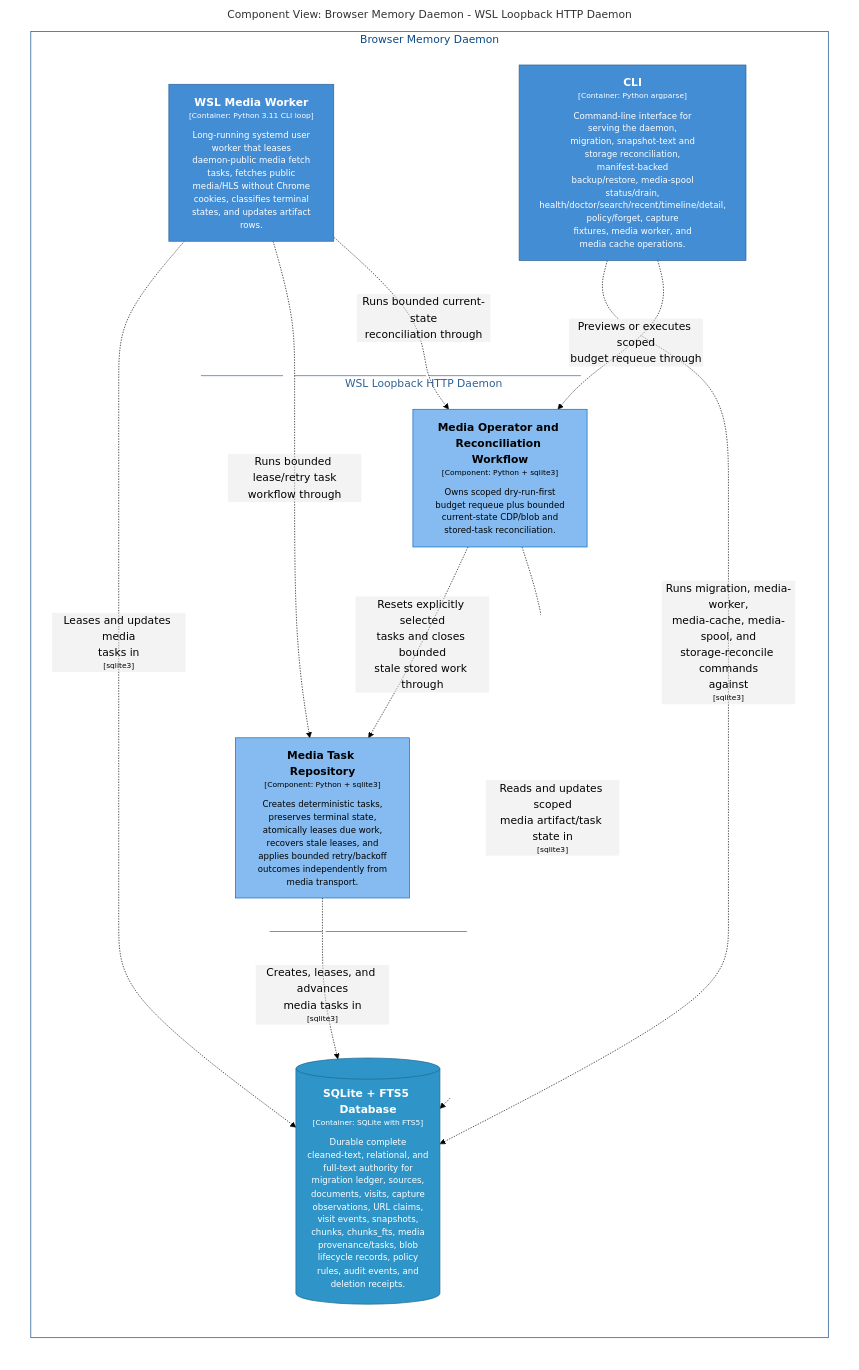
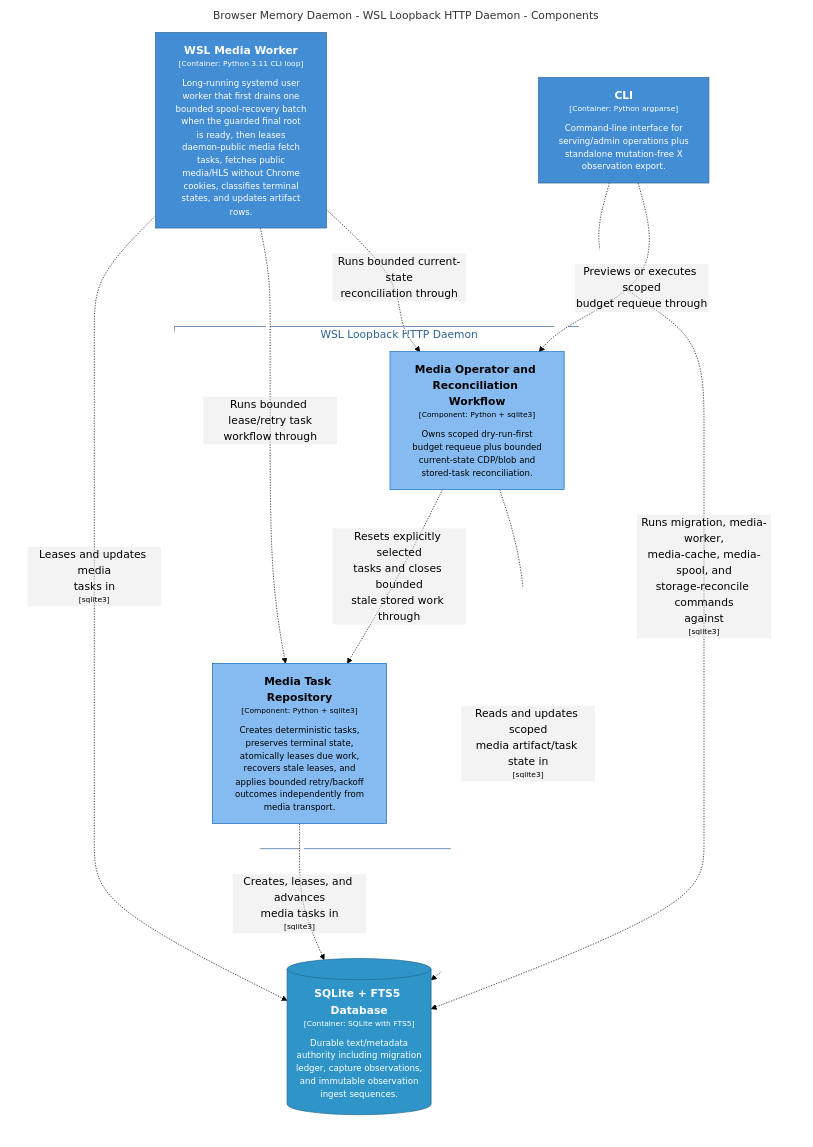
One commit to michaelnicks0/browser-memory-daemon changed the diagram in docs/architecture/diagrams/markdown/DaemonMediaOpsComponents.md. Above: the diagram before and after it, drawn with Mermaid (forest theme). The commit also changed 331 other files, not shown here.

Commit message:
docs: refresh architecture and publish surfaces

````diff
--- a/docs/architecture/diagrams/markdown/DaemonMediaOpsComponents.md
+++ b/docs/architecture/diagrams/markdown/DaemonMediaOpsComponents.md
@@ -16,38 +16,33 @@
 ```mermaid
 graph LR
   linkStyle default fill:#ffffff
 
-  subgraph diagram ["Component View: Browser Memory Daemon - WSL Loopback HTTP Daemon"]
+  subgraph diagram ["Browser Memory Daemon - WSL Loopback HTTP Daemon - Components"]
     style diagram fill:#ffffff,stroke:#ffffff
 
-    subgraph 4 ["Browser Memory Daemon"]
-      style 4 fill:#ffffff,stroke:#0b4884,color:#0b4884
+    45["<div style='font-weight: bold'>WSL Media Worker</div><div style='font-size: 70%; margin-top: 0px'>[Container: Python 3.11 CLI loop]</div><div style='font-size: 80%; margin-top:10px'>Long-running systemd user<br />worker that first drains one<br />bounded spool-recovery batch<br />when the guarded final root<br />is ready, then leases<br />daemon-public media fetch<br />tasks, fetches public<br />media/HLS without Chrome<br />cookies, classifies terminal<br />states, and updates artifact<br />rows.</div>"]
+    style 45 fill:#438dd5,stroke:#2e6295,color:#ffffff
+    47["<div style='font-weight: bold'>CLI</div><div style='font-size: 70%; margin-top: 0px'>[Container: Python argparse]</div><div style='font-size: 80%; margin-top:10px'>Command-line interface for<br />serving/admin operations plus<br />standalone mutation-free X<br />observation export.</div>"]
+    style 47 fill:#438dd5,stroke:#2e6295,color:#ffffff
+    49[("<div style='font-weight: bold'>SQLite + FTS5 Database</div><div style='font-size: 70%; margin-top: 0px'>[Container: SQLite with FTS5]</div><div style='font-size: 80%; margin-top:10px'>Durable text/metadata<br />authority including migration<br />ledger, capture observations,<br />and immutable observation<br />ingest sequences.</div>")]
+    style 49 fill:#2f95c8,stroke:#20688c,color:#ffffff
 
-      subgraph 22 ["WSL Loopback HTTP Daemon"]
-        style 22 fill:#ffffff,stroke:#2e6295,color:#2e6295
+    subgraph 22 ["WSL Loopback HTTP Daemon"]
+      style 22 fill:#ffffff,stroke:#2e6295,color:#2e6295
 
-        32["<div style='font-weight: bold'>Media Task Repository</div><div style='font-size: 70%; margin-top: 0px'>[Component: Python + sqlite3]</div><div style='font-size: 80%; margin-top:10px'>Creates deterministic tasks,<br />preserves terminal state,<br />atomically leases due work,<br />recovers stale leases, and<br />applies bounded retry/backoff<br />outcomes independently from<br />media transport.</div>"]
-        style 32 fill:#85bbf0,stroke:#1168bd,color:#000000
-        37["<div style='font-weight: bold'>Media Operator and Reconciliation Workflow</div><div style='font-size: 70%; margin-top: 0px'>[Component: Python + sqlite3]</div><div style='font-size: 80%; margin-top:10px'>Owns scoped dry-run-first<br />budget requeue plus bounded<br />current-state CDP/blob and<br />stored-task reconciliation.</div>"]
-        style 37 fill:#85bbf0,stroke:#1168bd,color:#000000
-      end
-
-      44["<div style='font-weight: bold'>WSL Media Worker</div><div style='font-size: 70%; margin-top: 0px'>[Container: Python 3.11 CLI loop]</div><div style='font-size: 80%; margin-top:10px'>Long-running systemd user<br />worker that leases<br />daemon-public media fetch<br />tasks, fetches public<br />media/HLS without Chrome<br />cookies, classifies terminal<br />states, and updates artifact<br />rows.</div>"]
-      style 44 fill:#438dd5,stroke:#2e6295,color:#ffffff
-      46["<div style='font-weight: bold'>CLI</div><div style='font-size: 70%; margin-top: 0px'>[Container: Python argparse]</div><div style='font-size: 80%; margin-top:10px'>Command-line interface for<br />serving the daemon,<br />migration, snapshot-text and<br />storage reconciliation,<br />manifest-backed<br />backup/restore, media-spool<br />status/drain,<br />health/doctor/search/recent/timeline/detail,<br />policy/forget, capture<br />fixtures, media worker, and<br />media cache operations.</div>"]
-      style 46 fill:#438dd5,stroke:#2e6295,color:#ffffff
-      48[("<div style='font-weight: bold'>SQLite + FTS5 Database</div><div style='font-size: 70%; margin-top: 0px'>[Container: SQLite with FTS5]</div><div style='font-size: 80%; margin-top:10px'>Durable complete<br />cleaned-text, relational, and<br />full-text authority for<br />migration ledger, sources,<br />documents, visits, capture<br />observations, URL claims,<br />visit events, snapshots,<br />chunks, chunks_fts, media<br />provenance/tasks, blob<br />lifecycle records, policy<br />rules, audit events, and<br />deletion receipts.</div>")]
-      style 48 fill:#2f95c8,stroke:#20688c,color:#ffffff
+      32["<div style='font-weight: bold'>Media Task Repository</div><div style='font-size: 70%; margin-top: 0px'>[Component: Python + sqlite3]</div><div style='font-size: 80%; margin-top:10px'>Creates deterministic tasks,<br />preserves terminal state,<br />atomically leases due work,<br />recovers stale leases, and<br />applies bounded retry/backoff<br />outcomes independently from<br />media transport.</div>"]
+      style 32 fill:#85bbf0,stroke:#1168bd,color:#000000
+      37["<div style='font-weight: bold'>Media Operator and Reconciliation Workflow</div><div style='font-size: 70%; margin-top: 0px'>[Component: Python + sqlite3]</div><div style='font-size: 80%; margin-top:10px'>Owns scoped dry-run-first<br />budget requeue plus bounded<br />current-state CDP/blob and<br />stored-task reconciliation.</div>"]
+      style 37 fill:#85bbf0,stroke:#1168bd,color:#000000
     end
 
-    32-. "<div>Creates, leases, and advances<br />media tasks in</div><div style='font-size: 70%'>[sqlite3]</div>" .->48
+    32-. "<div>Creates, leases, and advances<br />media tasks in</div><div style='font-size: 70%'>[sqlite3]</div>" .->49
     37-. "<div>Resets explicitly selected<br />tasks and closes bounded<br />stale stored work through</div><div style='font-size: 70%'></div>" .->32
-    37-. "<div>Reads and updates scoped<br />media artifact/task state in</div><div style='font-size: 70%'>[sqlite3]</div>" .->48
-    46-. "<div>Runs migration, media-worker,<br />media-cache, media-spool, and<br />storage-reconcile commands<br />against</div><div style='font-size: 70%'>[sqlite3]</div>" .->48
-    46-. "<div>Previews or executes scoped<br />budget requeue through</div><div style='font-size: 70%'></div>" .->37
-    44-. "<div>Leases and updates media<br />tasks in</div><div style='font-size: 70%'>[sqlite3]</div>" .->48
-    44-. "<div>Runs bounded lease/retry task<br />workflow through</div><div style='font-size: 70%'></div>" .->32
-    44-. "<div>Runs bounded current-state<br />reconciliation through</div><div style='font-size: 70%'></div>" .->37
-
+    37-. "<div>Reads and updates scoped<br />media artifact/task state in</div><div style='font-size: 70%'>[sqlite3]</div>" .->49
+    47-. "<div>Runs migration, media-worker,<br />media-cache, media-spool, and<br />storage-reconcile commands<br />against</div><div style='font-size: 70%'>[sqlite3]</div>" .->49
+    47-. "<div>Previews or executes scoped<br />budget requeue through</div><div style='font-size: 70%'></div>" .->37
+    45-. "<div>Leases and updates media<br />tasks in</div><div style='font-size: 70%'>[sqlite3]</div>" .->49
+    45-. "<div>Runs bounded lease/retry task<br />workflow through</div><div style='font-size: 70%'></div>" .->32
+    45-. "<div>Runs bounded current-state<br />reconciliation through</div><div style='font-size: 70%'></div>" .->37
   end
 ```
````
